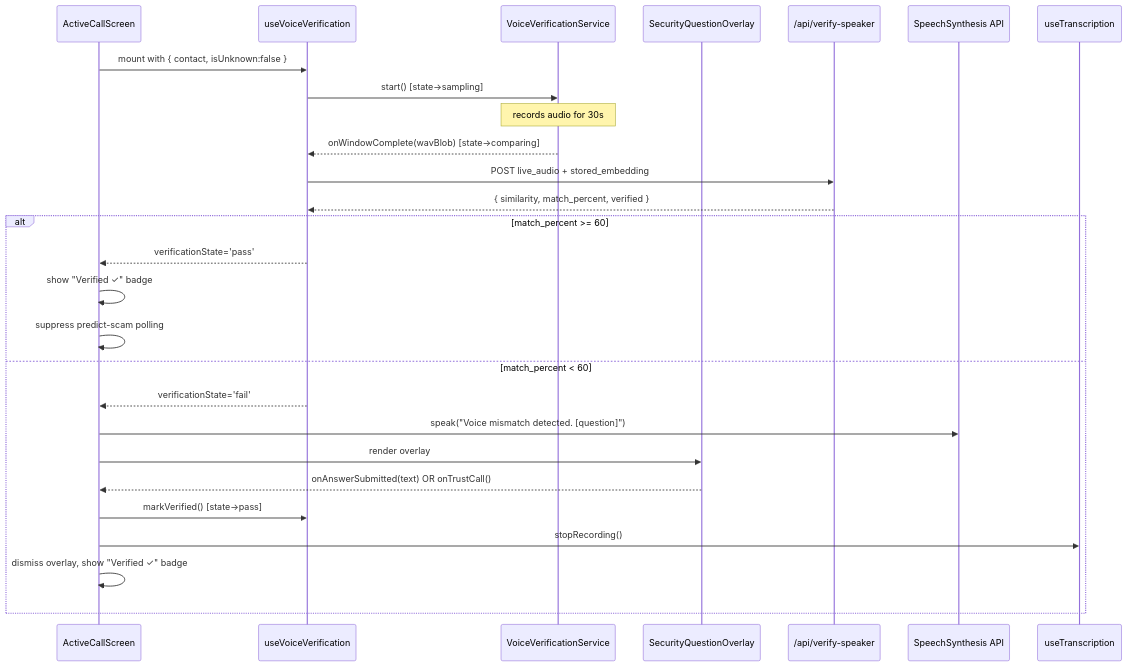
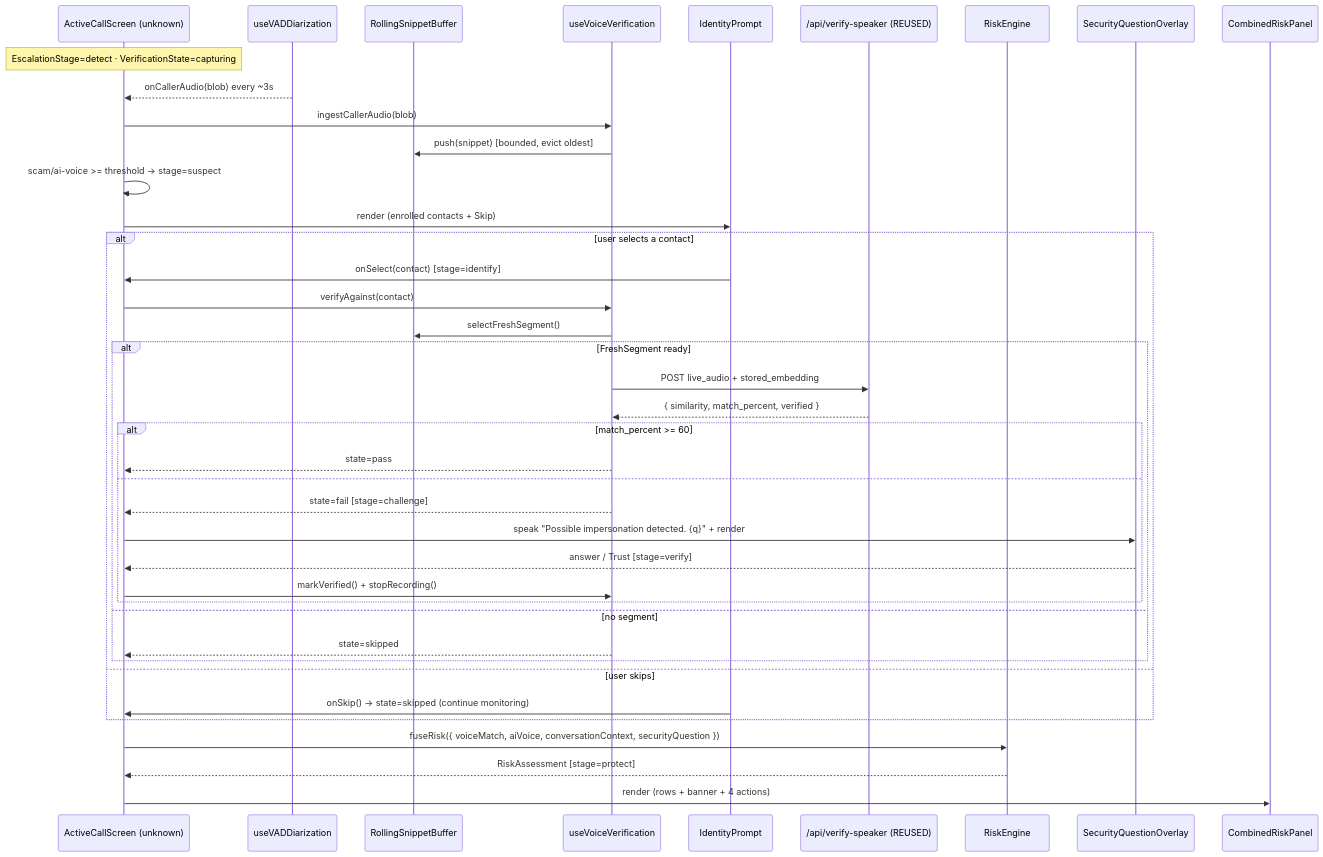
One commit to Shreya5619/VoiceShield changed the second of 2 diagrams in .kiro/specs/voice-verification-security/design.md. Above: the diagram before and after it, drawn with Mermaid. The commit also changed other lines of this file and 26 other files, not shown here.

````diff
--- a/.kiro/specs/voice-verification-security/design.md
+++ b/.kiro/specs/voice-verification-security/design.md
@@ -275,31 +430,46 @@
 ```mermaid
 sequenceDiagram
-    participant ACS as ActiveCallScreen
+    participant ACS as ActiveCallScreen (unknown)
+    participant DIA as useVADDiarization
+    participant BUF as RollingSnippetBuffer
     participant UVV as useVoiceVerification
-    participant VVS as VoiceVerificationService
+    participant IP  as IdentityPrompt
+    participant BE  as /api/verify-speaker (REUSED)
+    participant RE  as RiskEngine
     participant SQO as SecurityQuestionOverlay
-    participant BE  as /api/verify-speaker
-    participant SS  as SpeechSynthesis API
+    participant CRP as CombinedRiskPanel
 
-    ACS->>UVV: mount with { contact, isUnknown:false }
-    UVV->>VVS: start()  [state→sampling]
-    Note over VVS: records audio for 30s
+    Note over ACS: EscalationStage=detect · VerificationState=capturing
+    DIA-->>ACS: onCallerAudio(blob) every ~3s
+    ACS->>UVV: ingestCallerAudio(blob)
+    UVV->>BUF: push(snippet)  [bounded, evict oldest]
 
-    VVS-->>UVV: onWindowComplete(wavBlob)  [state→comparing]
-    UVV->>BE: POST live_audio + stored_embedding
-    BE-->>UVV: { similarity, match_percent, verified }
+    ACS->>ACS: scam/ai-voice >= threshold → stage=suspect
+    ACS->>IP: render (enrolled contacts + Skip)
 
-    alt match_percent >= 60
-        UVV-->>ACS: verificationState='pass'
-        ACS->>ACS: show "Verified ✓" badge
-        ACS->>ACS: suppress predict-scam polling
-    else match_percent < 60
-        UVV-->>ACS: verificationState='fail'
-        ACS->>SS: speak("Voice mismatch detected. [question]")
-        ACS->>SQO: render overlay
-        SQO-->>ACS: onAnswerSubmitted(text) OR onTrustCall()
-        ACS->>UVV: markVerified()  [state→pass]
-        ACS->>useTranscription: stopRecording()
-        ACS->>ACS: dismiss overlay, show "Verified ✓" badge
+    alt user selects a contact
+        IP->>ACS: onSelect(contact)  [stage=identify]
+        ACS->>UVV: verifyAgainst(contact)
+        UVV->>BUF: selectFreshSegment()
+        alt FreshSegment ready
+            UVV->>BE: POST live_audio + stored_embedding
+            BE-->>UVV: { similarity, match_percent, verified }
+            alt match_percent >= 60
+                UVV-->>ACS: state=pass
+            else
+                UVV-->>ACS: state=fail  [stage=challenge]
+                ACS->>SQO: speak "Possible impersonation detected. {q}" + render
+                SQO-->>ACS: answer / Trust  [stage=verify]
+                ACS->>UVV: markVerified() + stopRecording()
+            end
+        else no segment
+            UVV-->>ACS: state=skipped
+        end
+    else user skips
+        IP->>ACS: onSkip()  → state=skipped (continue monitoring)
     end
+
+    ACS->>RE: fuseRisk({ voiceMatch, aiVoice, conversationContext, securityQuestion })
+    RE-->>ACS: RiskAssessment  [stage=protect]
+    ACS->>CRP: render (rows + banner + 4 actions)
 ```
````
